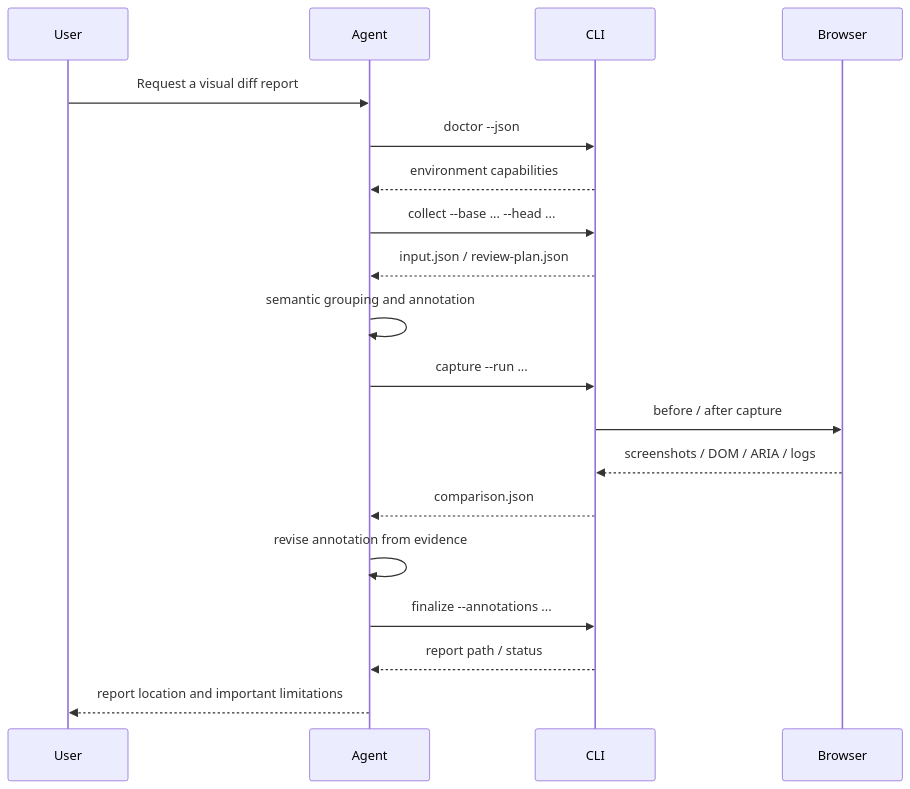
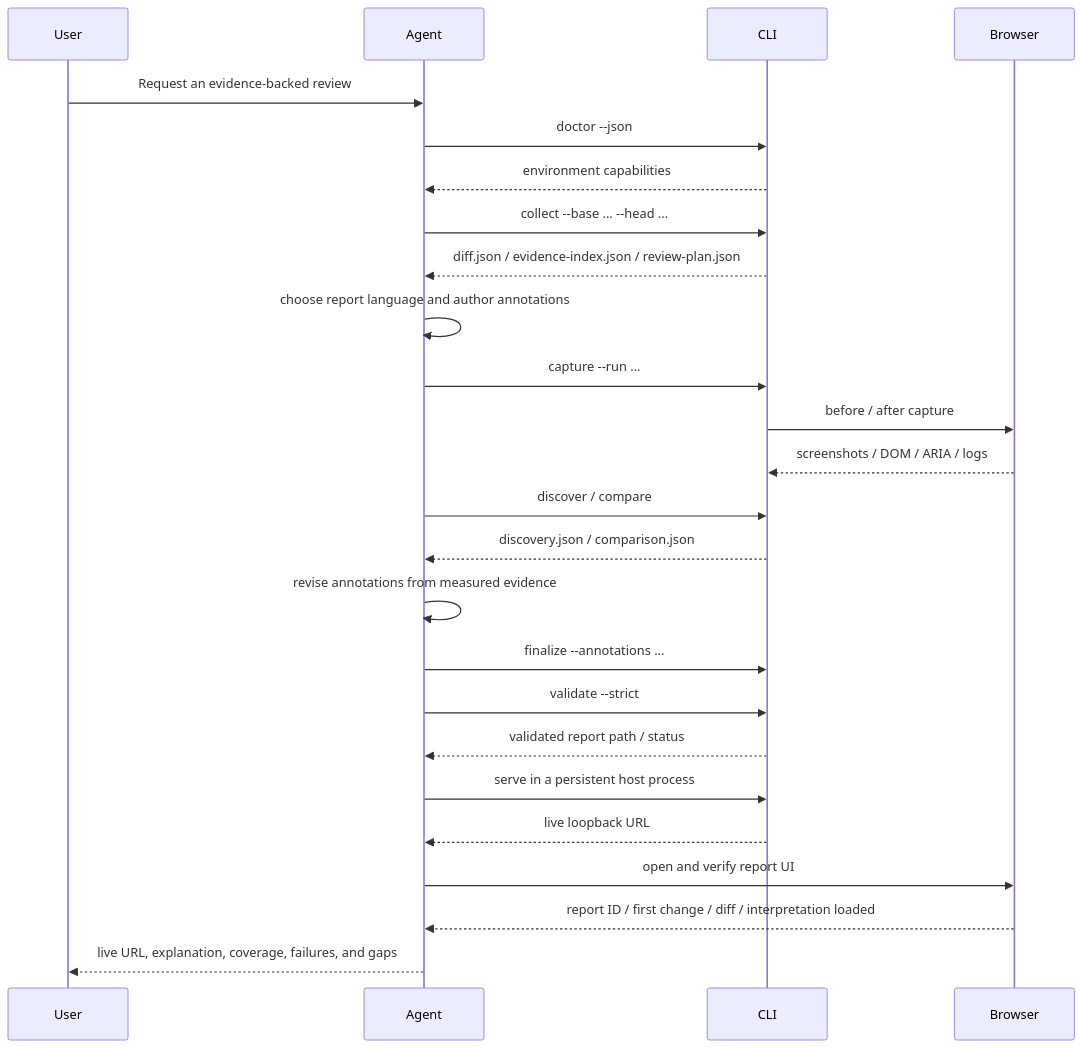
One commit to hokupod/utsuri changed the second of 2 diagrams in docs/design.md. Above: the diagram before and after it, drawn with Mermaid. The commit also changed other lines of this file and 47 other files, not shown here.

Commit message:
feat: deliver localized live review reports

````diff
--- a/docs/design.md
+++ b/docs/design.md
@@ -1140,22 +1140,28 @@
 ```mermaid
 sequenceDiagram
     participant User
     participant Agent
     participant CLI
     participant Browser
 
-    User->>Agent: Request a visual diff report
+    User->>Agent: Request an evidence-backed review
     Agent->>CLI: doctor --json
     CLI-->>Agent: environment capabilities
     Agent->>CLI: collect --base ... --head ...
-    CLI-->>Agent: input.json / review-plan.json
-    Agent->>Agent: semantic grouping and annotation
+    CLI-->>Agent: diff.json / evidence-index.json / review-plan.json
+    Agent->>Agent: choose report language and author annotations
     Agent->>CLI: capture --run ...
     CLI->>Browser: before / after capture
     Browser-->>CLI: screenshots / DOM / ARIA / logs
-    CLI-->>Agent: comparison.json
-    Agent->>Agent: revise annotation from evidence
+    Agent->>CLI: discover / compare
+    CLI-->>Agent: discovery.json / comparison.json
+    Agent->>Agent: revise annotations from measured evidence
     Agent->>CLI: finalize --annotations ...
-    CLI-->>Agent: report path / status
-    Agent-->>User: report location and important limitations
+    Agent->>CLI: validate --strict
+    CLI-->>Agent: validated report path / status
+    Agent->>CLI: serve in a persistent host process
+    CLI-->>Agent: live loopback URL
+    Agent->>Browser: open and verify report UI
+    Browser-->>Agent: report ID / first change / diff / interpretation loaded
+    Agent-->>User: live URL, explanation, coverage, failures, and gaps
 ```
````
